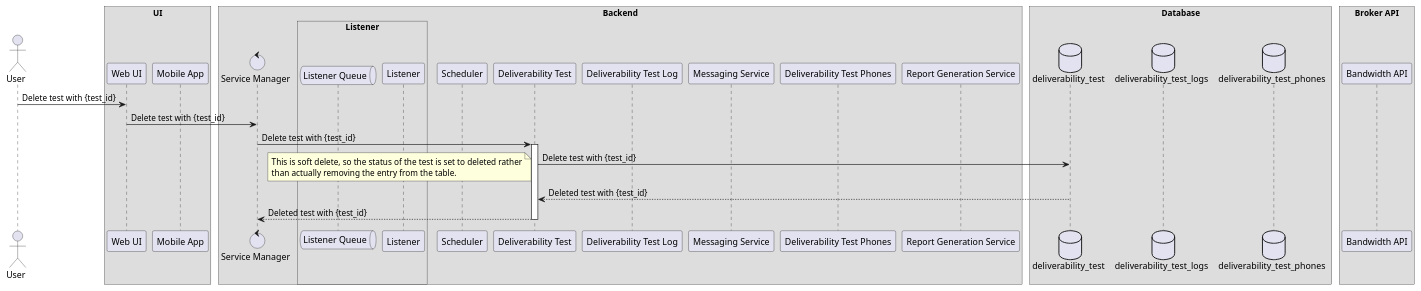
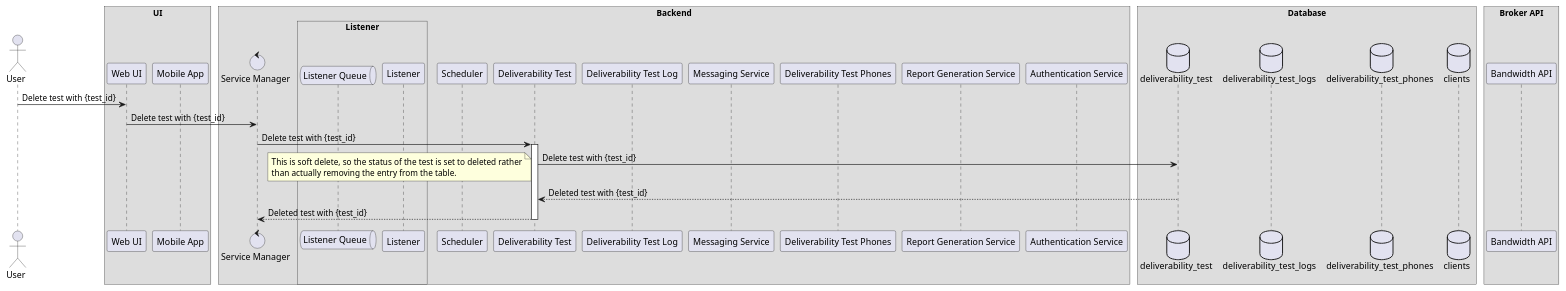
Before and after one commit to Xyz0074/testing-diagrams: the diagram in src/sequence-diagrams/test-deletion-sequence-diagram.puml, drawn with PlantUML. The commit also changed 5 other files, not shown here.

Commit message:
Updated architecture to include authentication service.

```diff
--- a/src/sequence-diagrams/test-deletion-sequence-diagram.puml
+++ b/src/sequence-diagrams/test-deletion-sequence-diagram.puml
@@ -1,51 +1,55 @@
 @startuml
 !pragma teoz true
 /'Defines the protocol when user submits a scheduled test, either recurring or singleton.'/
 /'author: Luvai Cutlerywala <luvaidc@gmail.com>'/
 
 /'Define the actors and participants.'/
 actor User as user
 
 box UI
     participant "Web UI" as web_ui
     participant "Mobile App" as mobile_app
 end box
 
 box Backend
     control "Service Manager" as service_manager
+
     box Listener
         queue "Listener Queue" as listener_queue
         participant "Listener" as listener
     end box
+
     participant "Scheduler" as scheduler
     participant "Deliverability Test" as deliverability_test
     participant "Deliverability Test Log" as deliverability_test_log
     participant "Messaging Service" as messenger
     participant "Deliverability Test Phones" as deliverability_test_phones
     participant "Report Generation Service" as report_generator
+    participant "Authentication Service" as auth
 end box
 
 box Database
     database deliverability_test as dt
     database deliverability_test_logs as dtl
     database deliverability_test_phones as dtp
+    database clients as clients
 end box
 
 box "Broker API"
     participant "Bandwidth API" as broker_api
 end box
 
 /'Defines the interactions and protocols between the microservices.'/
 user -> web_ui: Delete test with {test_id}
 web_ui -> service_manager: Delete test with {test_id}
 service_manager -> deliverability_test: Delete test with {test_id}
 activate deliverability_test
 deliverability_test -> dt: Delete test with {test_id}
 note left
 This is soft delete, so the status of the test is set to deleted rather
 than actually removing the entry from the table.
 end note
 dt --> deliverability_test: Deleted test with {test_id}
 deliverability_test --> service_manager: Deleted test with {test_id}
 deactivate deliverability_test
 @enduml
```
